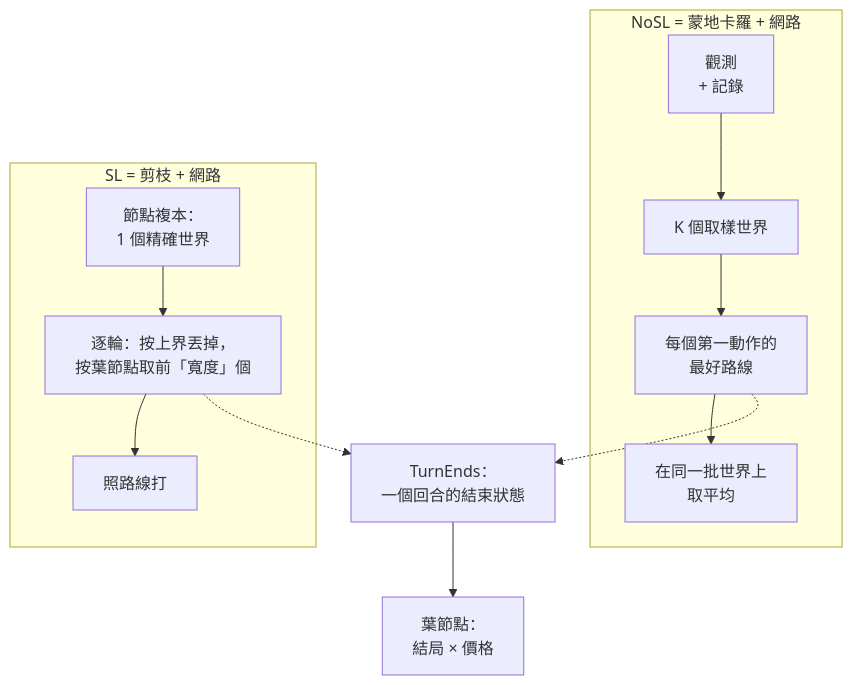
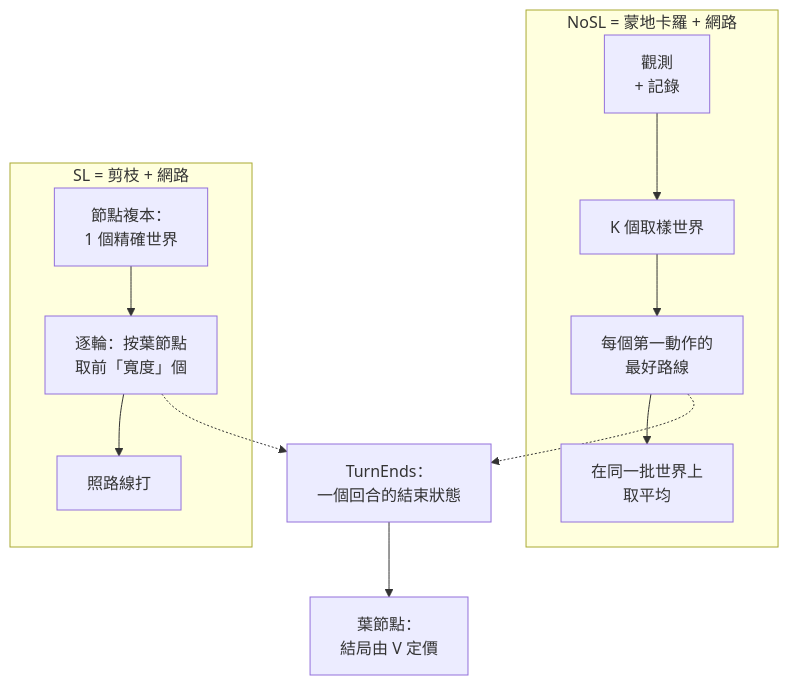
Before and after one commit to shinnku-nikaidou/spire-zero: the diagram in docs/src/content/docs/zh-tw/arch/combat-brain/index.mdx, drawn with Mermaid. The commit also changed other lines of this file and 128 other files, not shown here.

````diff
--- a/docs/src/content/docs/zh-tw/arch/combat-brain/index.mdx
+++ b/docs/src/content/docs/zh-tw/arch/combat-brain/index.mdx
@@ -92,15 +91,15 @@
 ```mermaid
 flowchart TB
   subgraph NoSL["NoSL = 蒙地卡羅 + 網路"]
     R["觀測<br/>+ 記錄"] --> W["K 個取樣世界"]
     W --> N["每個第一動作的<br/>最好路線"]
     N --> A["在同一批世界上<br/>取平均"]
   end
   subgraph SL["SL = 剪枝 + 網路"]
-    C["節點複本：<br/>1 個精確世界"] --> S["逐輪：按上界丟掉，<br/>按葉節點取前「寬度」個"]
+    C["節點複本：<br/>1 個精確世界"] --> S["逐輪：按葉節點<br/>取前「寬度」個"]
     S --> F["照路線打"]
   end
   N -.-> T["TurnEnds：<br/>一個回合的結束狀態"]
   S -.-> T
-  T --> L["葉節點：<br/>結局 × 價格"]
+  T --> L["葉節點：<br/>結局由 V 定價"]
 ```
````
